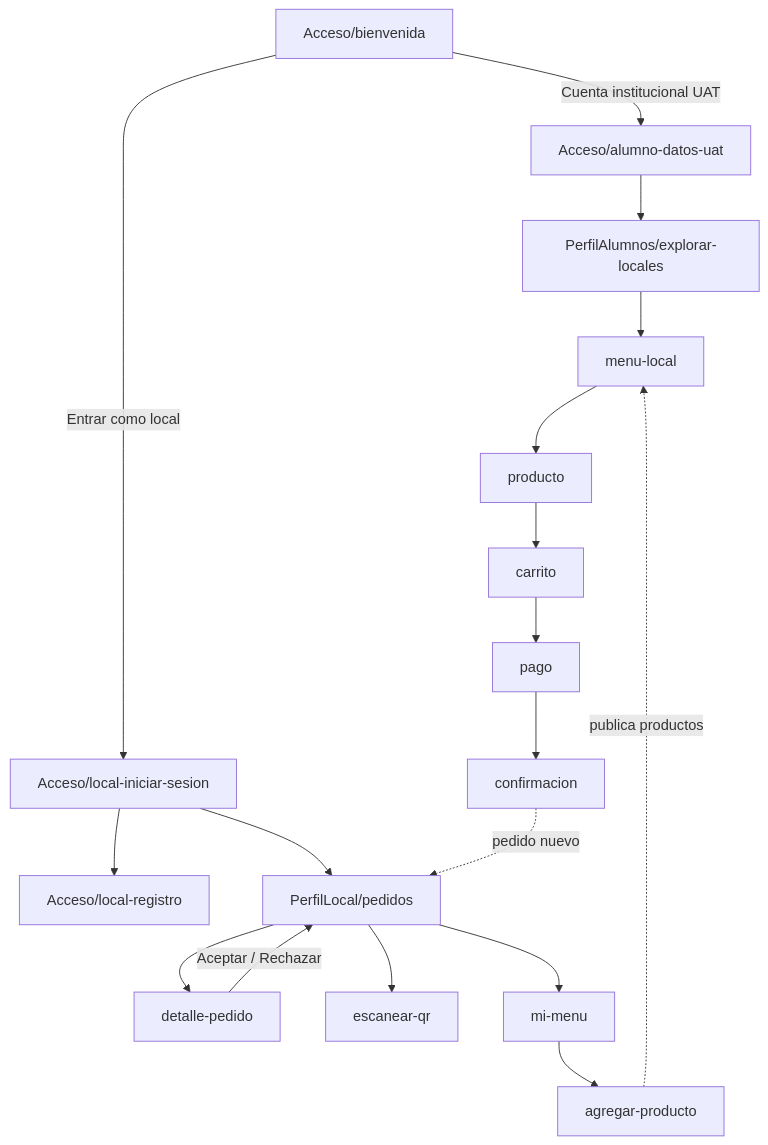
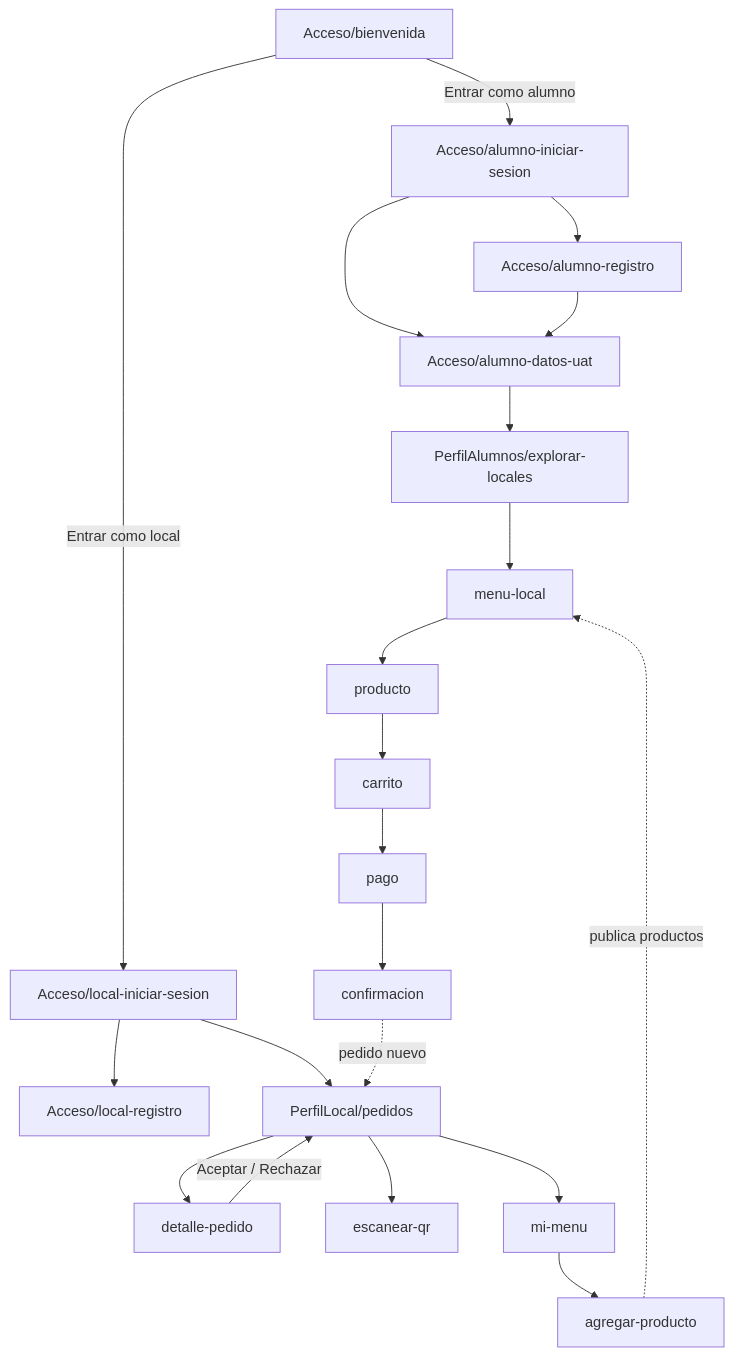
Before and after one commit to jefth1/Pick-Up-UAT: the diagram in docs/diagrama.md, drawn with Mermaid. The commit also changed other lines of this file and 1 other file, not shown here.

Commit message:
Documentar el registro de alumnos en el diagrama y el README
Claude-Session: https://claude.ai/code/session_01QSd392Cfojp6bXEwR8w9RJ

````diff
--- a/docs/diagrama.md
+++ b/docs/diagrama.md
@@ -5,18 +5,21 @@
 ```mermaid
 flowchart TD
-  B[Acceso/bienvenida] -->|Cuenta institucional UAT| D[Acceso/alumno-datos-uat]
+  B[Acceso/bienvenida] -->|Entrar como alumno| AS[Acceso/alumno-iniciar-sesion]
+  AS --> AR[Acceso/alumno-registro]
+  AS --> D[Acceso/alumno-datos-uat]
+  AR --> D
   B -->|Entrar como local| LS[Acceso/local-iniciar-sesion]
   LS --> LR[Acceso/local-registro]
 
   D --> E[PerfilAlumnos/explorar-locales]
   E --> M[menu-local] --> P[producto] --> C[carrito] --> PG[pago] --> CF[confirmacion]
 
   LS --> PD[PerfilLocal/pedidos]
   PD --> DP[detalle-pedido]
   DP -->|Aceptar / Rechazar| PD
   PD --> QR[escanear-qr]
   PD --> MM[mi-menu] --> AP[agregar-producto]
 
   AP -. publica productos .-> M
   CF -. pedido nuevo .-> PD
 ```
````
